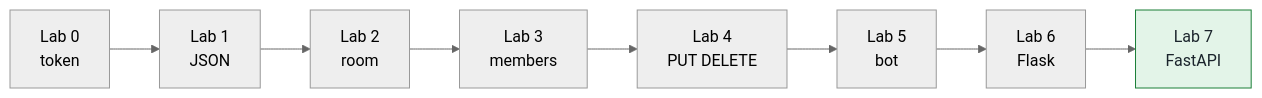
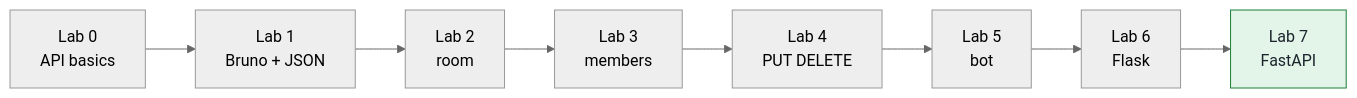
One commit to mohammusal/Cisco-Technology-Experience changed the second of 2 diagrams in docs/day2/lab7-fastapi.md. Above: the diagram before and after it, drawn with Mermaid (neutral theme). The commit also changed other lines of this file and 15 other files, not shown here.

Commit message:
Add Day 2 Lab 0 API core principles with Present Mode and consolidate Lab 1

````diff
--- a/docs/day2/lab7-fastapi.md
+++ b/docs/day2/lab7-fastapi.md
@@ -169,6 +169,6 @@
 ```mermaid
 flowchart LR
-    L0["Lab 0<br/>token"] --> L1["Lab 1<br/>JSON"] --> L2["Lab 2<br/>room"] --> L3["Lab 3<br/>members"]
+    L0["Lab 0<br/>API basics"] --> L1["Lab 1<br/>Bruno + JSON"] --> L2["Lab 2<br/>room"] --> L3["Lab 3<br/>members"]
     L3 --> L4["Lab 4<br/>PUT DELETE"] --> L5["Lab 5<br/>bot"] --> L6["Lab 6<br/>Flask"] --> L7["Lab 7<br/>FastAPI"]
     style L7 fill:#e3f4e8,stroke:#1a7f37,color:#1b242c
 ```
````
